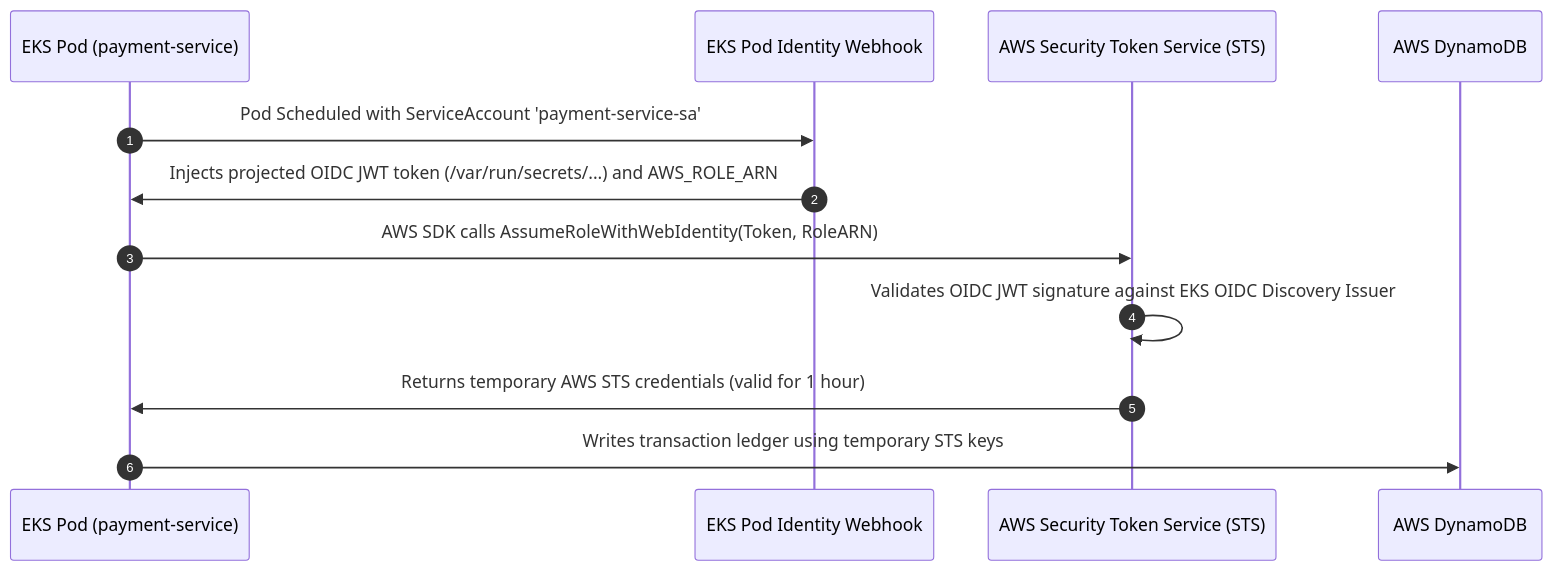
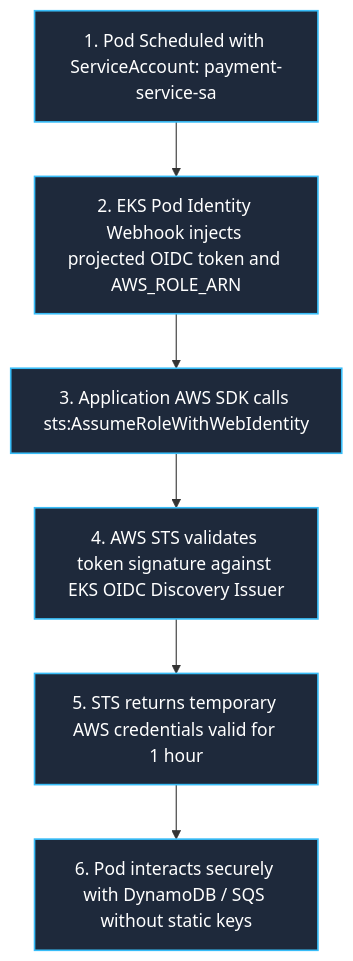
The tenth of 12 diagrams in DevOps_CI_CD_Master_Engineering_Blueprint.md (pvsafwa/devops-course-playbook), drawn with Mermaid before and after one commit. The commit also changed other lines of this file, not shown here.

````diff
--- a/DevOps_CI_CD_Master_Engineering_Blueprint.md
+++ b/DevOps_CI_CD_Master_Engineering_Blueprint.md
@@ -619,15 +608,11 @@
 ```mermaid
-sequenceDiagram
-    autonumber
-    participant Pod as EKS Pod (payment-service)
-    participant Webhook as EKS Pod Identity Webhook
-    participant STS as AWS Security Token Service (STS)
-    participant Dynamo as AWS DynamoDB
+flowchart TD
+    A["1. Pod Scheduled with ServiceAccount: payment-service-sa"] --> B["2. EKS Pod Identity Webhook injects projected OIDC token and AWS_ROLE_ARN"]
+    B --> C["3. Application AWS SDK calls sts:AssumeRoleWithWebIdentity"]
+    C --> D["4. AWS STS validates token signature against EKS OIDC Discovery Issuer"]
+    D --> E["5. STS returns temporary AWS credentials valid for 1 hour"]
+    E --> F["6. Pod interacts securely with DynamoDB / SQS without static keys"]
 
-    Pod->>Webhook: Pod Scheduled with ServiceAccount 'payment-service-sa'
-    Webhook->>Pod: Injects projected OIDC JWT token (/var/run/secrets/...) and AWS_ROLE_ARN
-    Pod->>STS: AWS SDK calls AssumeRoleWithWebIdentity(Token, RoleARN)
-    STS->>STS: Validates OIDC JWT signature against EKS OIDC Discovery Issuer
-    STS->>Pod: Returns temporary AWS STS credentials (valid for 1 hour)
-    Pod->>Dynamo: Writes transaction ledger using temporary STS keys
+    classDef irsa fill:#1e293b,stroke:#38bdf8,stroke-width:1.5px,color:#ffffff;
+    class A,B,C,D,E,F irsa;
 ```
````
